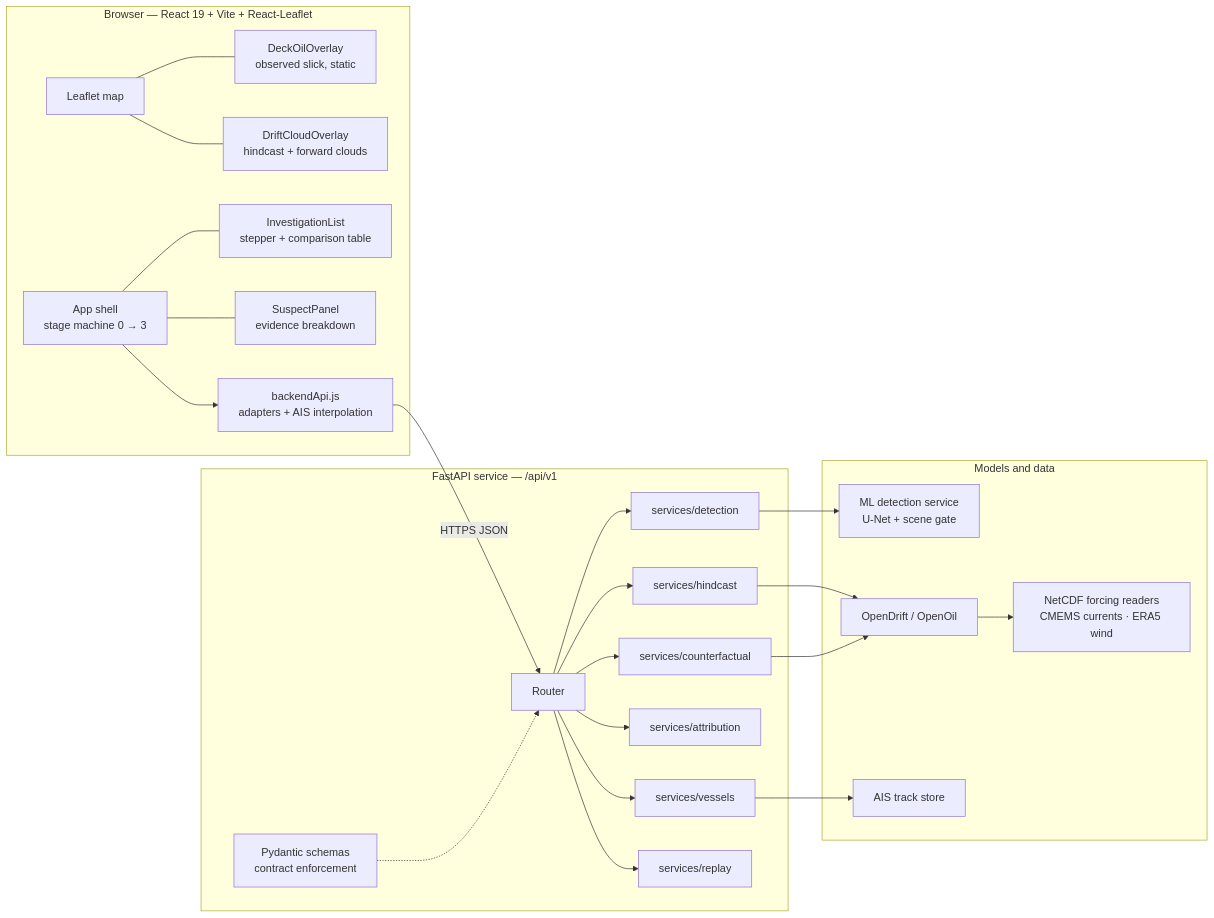
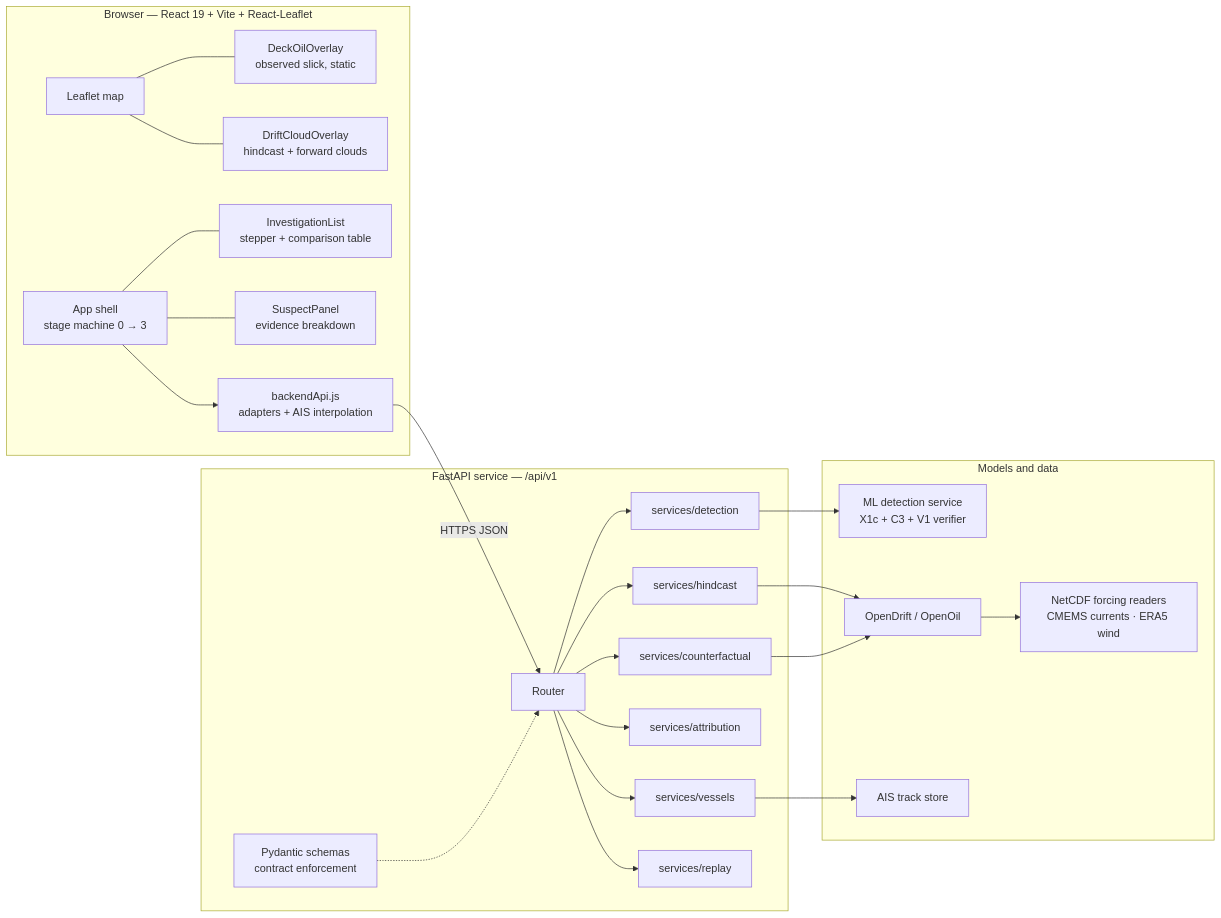
The first of 8 diagrams in README.md (TrueMan08/Team_AlgoRise_OilSpill_detection), drawn with Mermaid before and after one commit. The commit also changed other lines of this file and 26 other files, not shown here.

````diff
--- a/README.md
+++ b/README.md
@@ -77,44 +76,44 @@
 ```mermaid
 flowchart LR
   subgraph CLIENT["Browser — React 19 + Vite + React-Leaflet"]
     UI["App shell<br/>stage machine 0 → 3"]
     MAP["Leaflet map"]
     OBS["DeckOilOverlay<br/>observed slick, static"]
     DRIFT["DriftCloudOverlay<br/>hindcast + forward clouds"]
     LIST["InvestigationList<br/>stepper + comparison table"]
     PANEL["SuspectPanel<br/>evidence breakdown"]
     API["backendApi.js<br/>adapters + AIS interpolation"]
   end
 
   subgraph SERVER["FastAPI service — /api/v1"]
     ROUTER["Router"]
     DET["services/detection"]
     HC["services/hindcast"]
     VES["services/vessels"]
     ATTR["services/attribution"]
     CF["services/counterfactual"]
     REP["services/replay"]
     SCHEMA["Pydantic schemas<br/>contract enforcement"]
   end
 
   subgraph MODELS["Models and data"]
-    ML["ML detection service<br/>U-Net + scene gate"]
+    ML["ML detection service<br/>X1c + C3 + V1 verifier"]
     OD["OpenDrift / OpenOil"]
     NC["NetCDF forcing readers<br/>CMEMS currents · ERA5 wind"]
     AIS["AIS track store"]
   end
 
   UI --> API
   API -->|HTTPS JSON| ROUTER
   MAP --- OBS
   MAP --- DRIFT
   UI --- LIST
   UI --- PANEL
   ROUTER --> DET --> ML
   ROUTER --> HC --> OD --> NC
   ROUTER --> VES --> AIS
   ROUTER --> ATTR
   ROUTER --> CF --> OD
   ROUTER --> REP
   SCHEMA -.-> ROUTER
 ```
````
